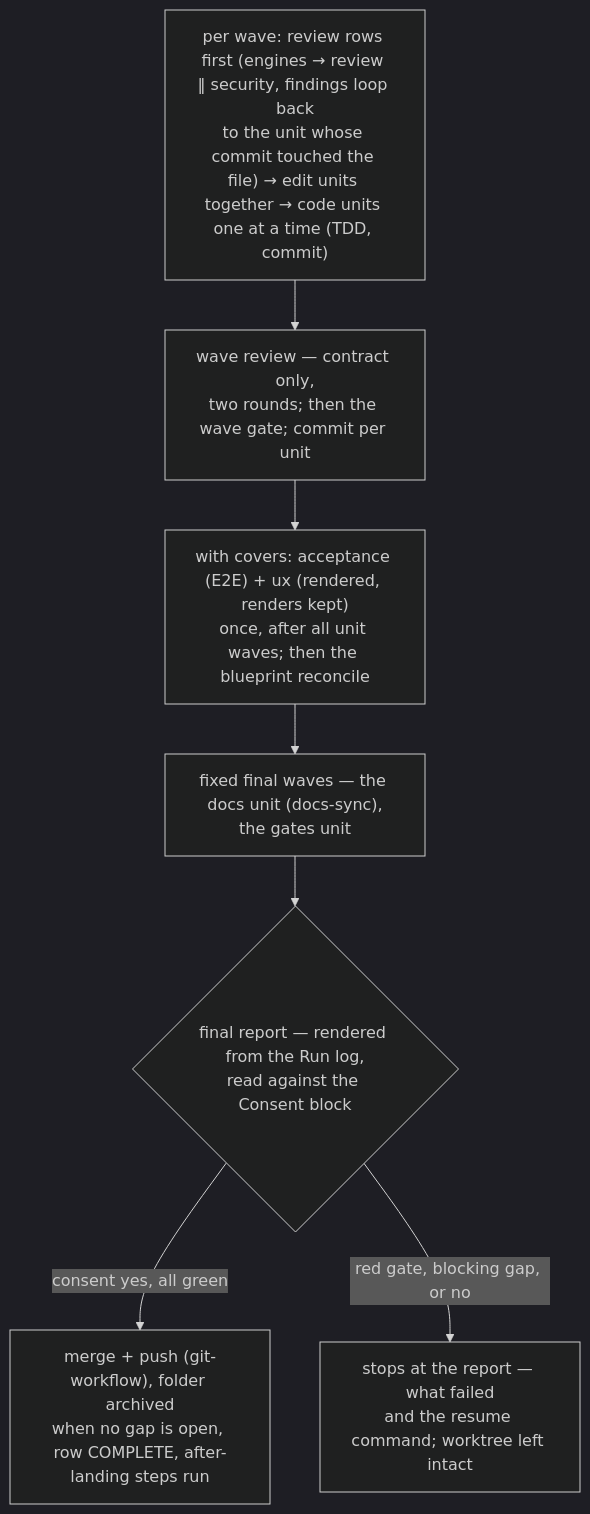
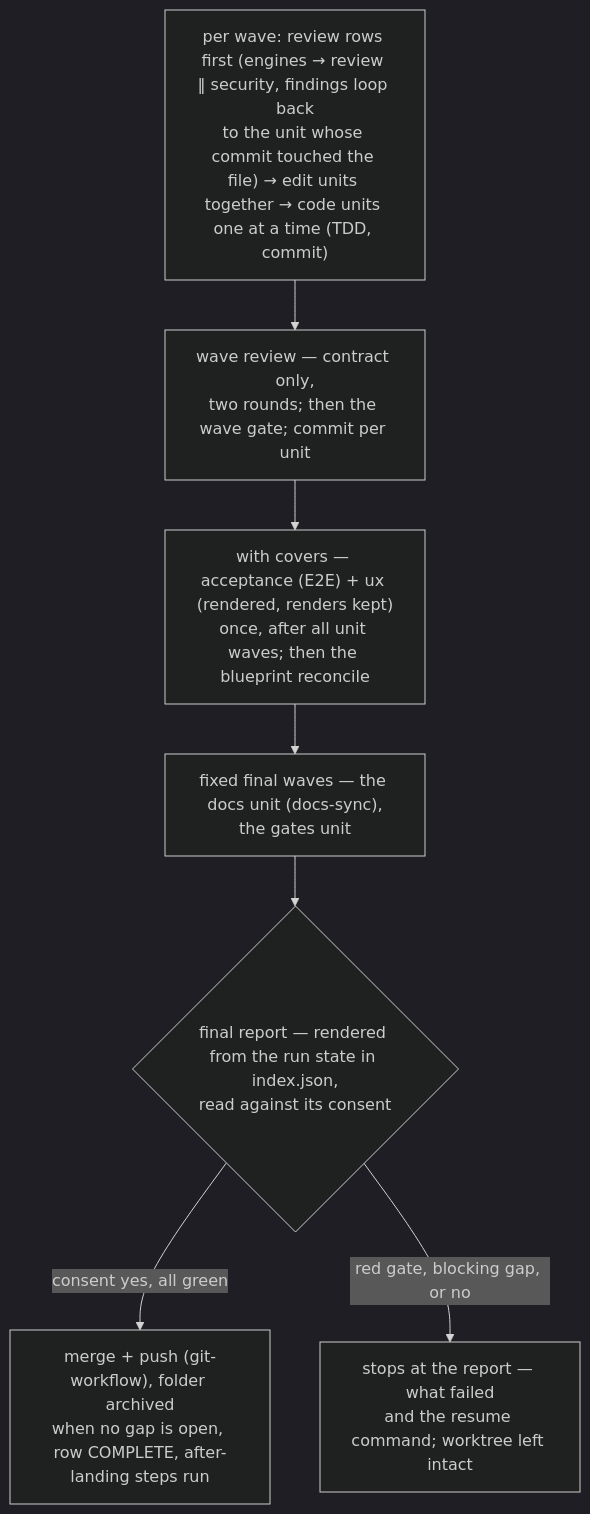
The second of 2 diagrams in site/src/content/docs/plugins/vwf.md (virajp/claude-plugins), drawn with Mermaid (dark theme) before and after one commit. The commit also changed other lines of this file and 14 other files, not shown here.

Commit message:
docs: the plan folder and the plan index are JSON

````diff
--- a/site/src/content/docs/plugins/vwf.md
+++ b/site/src/content/docs/plugins/vwf.md
@@ -2961,9 +2993,9 @@
 ```mermaid
 flowchart TD
     W["per wave: review rows first (engines → review ‖ security, findings loop back<br/>to the unit whose commit touched the file) → edit units together → code units one at a time (TDD, commit)"] --> R["wave review — contract only,<br/>two rounds; then the wave gate; commit per unit"]
-    R --> AX["with covers: acceptance (E2E) + ux (rendered, renders kept)<br/>once, after all unit waves; then the blueprint reconcile"]
+    R --> AX["with covers — acceptance (E2E) + ux (rendered, renders kept)<br/>once, after all unit waves; then the blueprint reconcile"]
     AX --> F["fixed final waves — the docs unit (docs-sync),<br/>the gates unit"]
-    F --> G{"final report — rendered from the Run log,<br/>read against the Consent block"}
+    F --> G{"final report — rendered from the run state in index.json,<br/>read against its consent"}
     G -->|consent yes, all green| M["merge + push (git-workflow), folder archived<br/>when no gap is open, row COMPLETE, after-landing steps run"]
     G -->|red gate, blocking gap, or no| S["stops at the report — what failed<br/>and the resume command; worktree left intact"]
 ```
````
